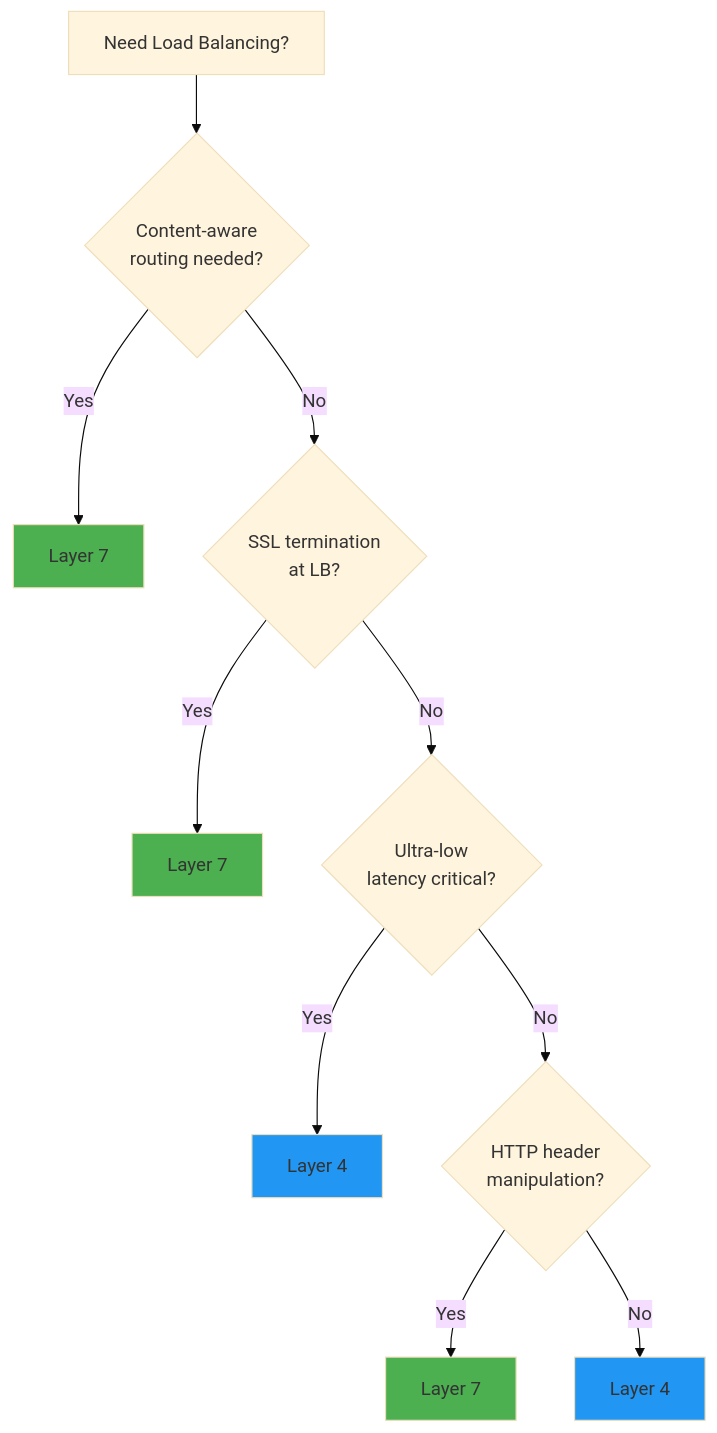
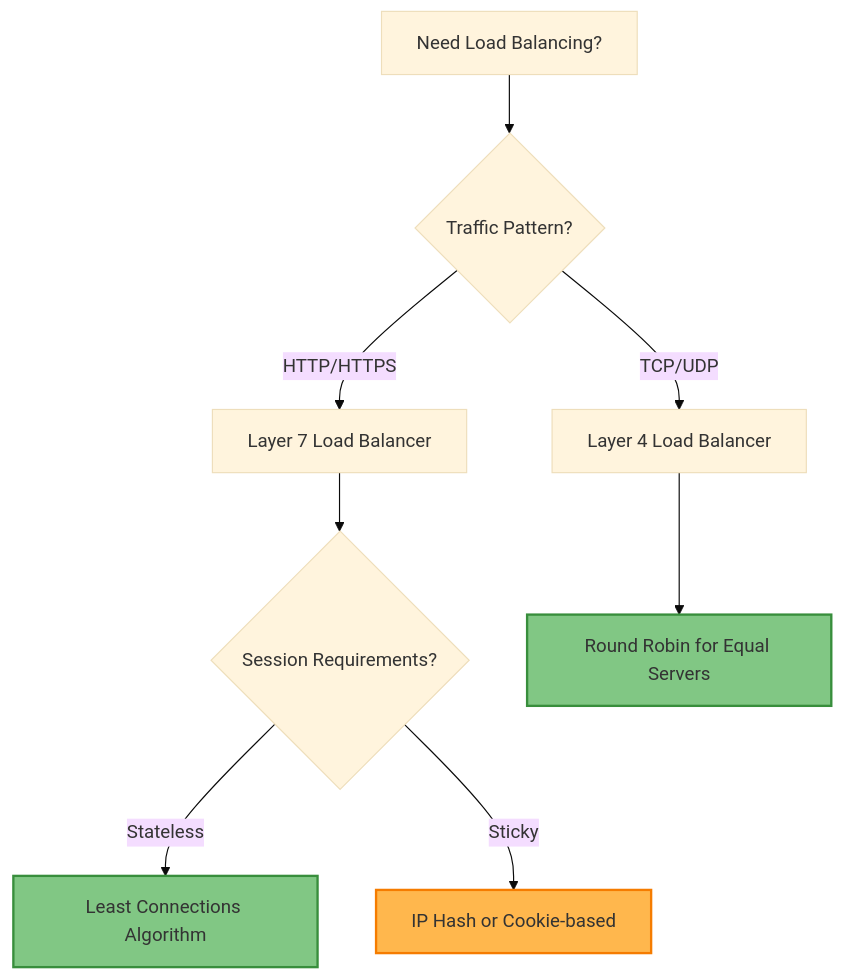
One commit to deepaucksharma/DStudio changed the sixth of 6 diagrams in docs/pattern-library/scaling/load-balancing.md. Above: the diagram before and after it, drawn with Mermaid (base theme). The commit also changed other lines of this file and 23 other files, not shown here.

````diff
--- a/docs/pattern-library/scaling/load-balancing.md
+++ b/docs/pattern-library/scaling/load-balancing.md
@@ -165,18 +344,18 @@
 ```mermaid
 graph TD
-    A[Need Load Balancing?] --> B{Content-aware<br/>routing needed?}
-    B -->|Yes| C[Layer 7]
-    B -->|No| D{SSL termination<br/>at LB?}
-    D -->|Yes| E[Layer 7]
-    D -->|No| F{Ultra-low<br/>latency critical?}
-    F -->|Yes| G[Layer 4]
-    F -->|No| H{HTTP header<br/>manipulation?}
-    H -->|Yes| I[Layer 7]
-    H -->|No| J[Layer 4]
+    A[Need Load Balancing?] --> B{Traffic Pattern?}
+    B -->|HTTP/HTTPS| C[Layer 7 Load Balancer]
+    B -->|TCP/UDP| D[Layer 4 Load Balancer]
     
-    style C fill:#4CAF50
-    style E fill:#4CAF50
-    style I fill:#4CAF50
-    style G fill:#2196F3
-    style J fill:#2196F3
+    C --> E{Session Requirements?}
+    E -->|Stateless| F[Least Connections Algorithm]
+    E -->|Sticky| G[IP Hash or Cookie-based]
+    
+    D --> H[Round Robin for Equal Servers]
+    
+    classDef recommended fill:#81c784,stroke:#388e3c,stroke-width:2px
+    classDef caution fill:#ffb74d,stroke:#f57c00,stroke-width:2px
+    
+    class F,H recommended
+    class G caution
 ```
````
